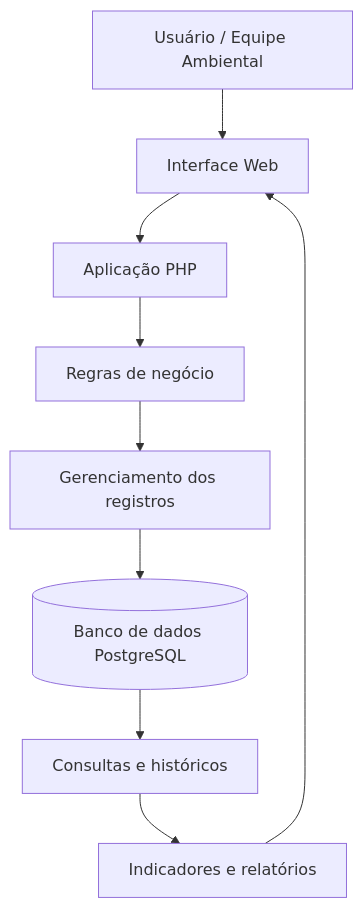
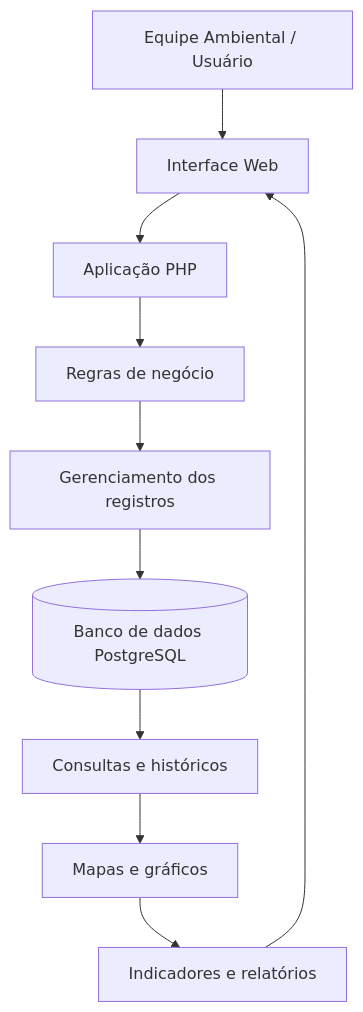
Before and after one commit to ClaudioPachecoG/P.H.Y.S.I.S-Plataforma-de-Monitoramento-da-Biodiversidade: the diagram in README.md, drawn with Mermaid. The commit also changed other lines of this file, not shown here.

````diff
--- a/README.md
+++ b/README.md
@@ -191,11 +197,12 @@
 ```mermaid
 flowchart TD
-    A["Usuário / Equipe Ambiental"] --> B["Interface Web"]
+    A["Equipe Ambiental / Usuário"] --> B["Interface Web"]
     B --> C["Aplicação PHP"]
     C --> D["Regras de negócio"]
     D --> E["Gerenciamento dos registros"]
     E --> F[("Banco de dados PostgreSQL")]
     F --> G["Consultas e históricos"]
-    G --> H["Indicadores e relatórios"]
-    H --> B
+    G --> H["Mapas e gráficos"]
+    H --> I["Indicadores e relatórios"]
+    I --> B
 ```
````
